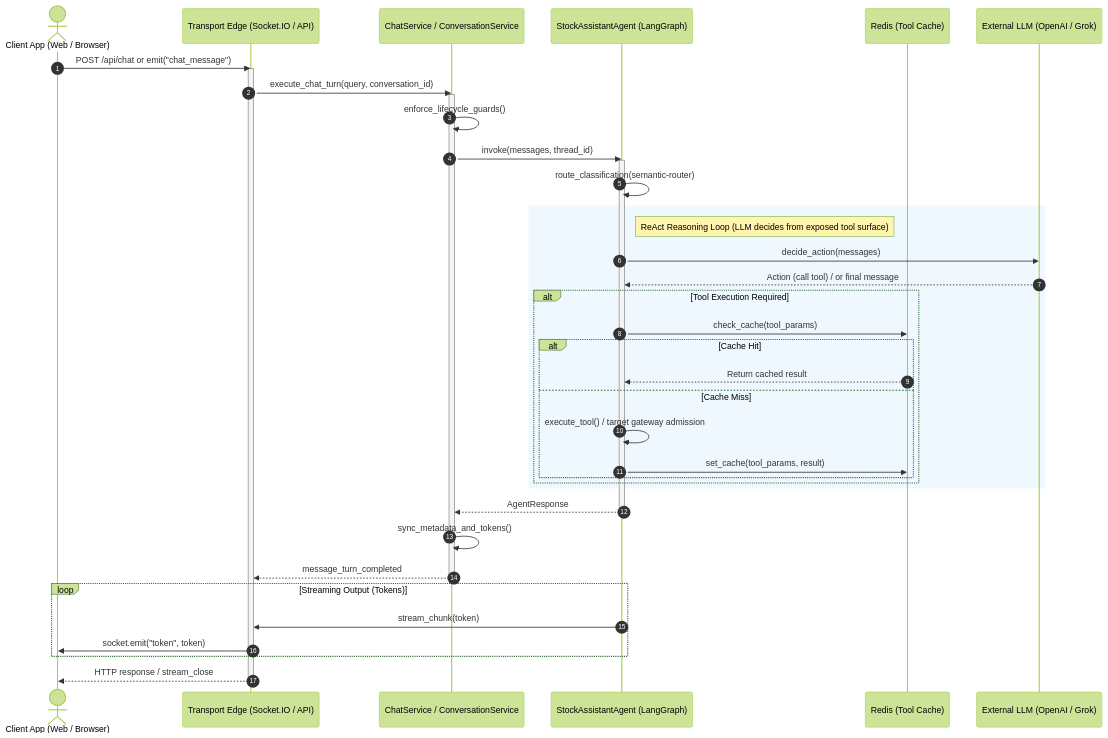
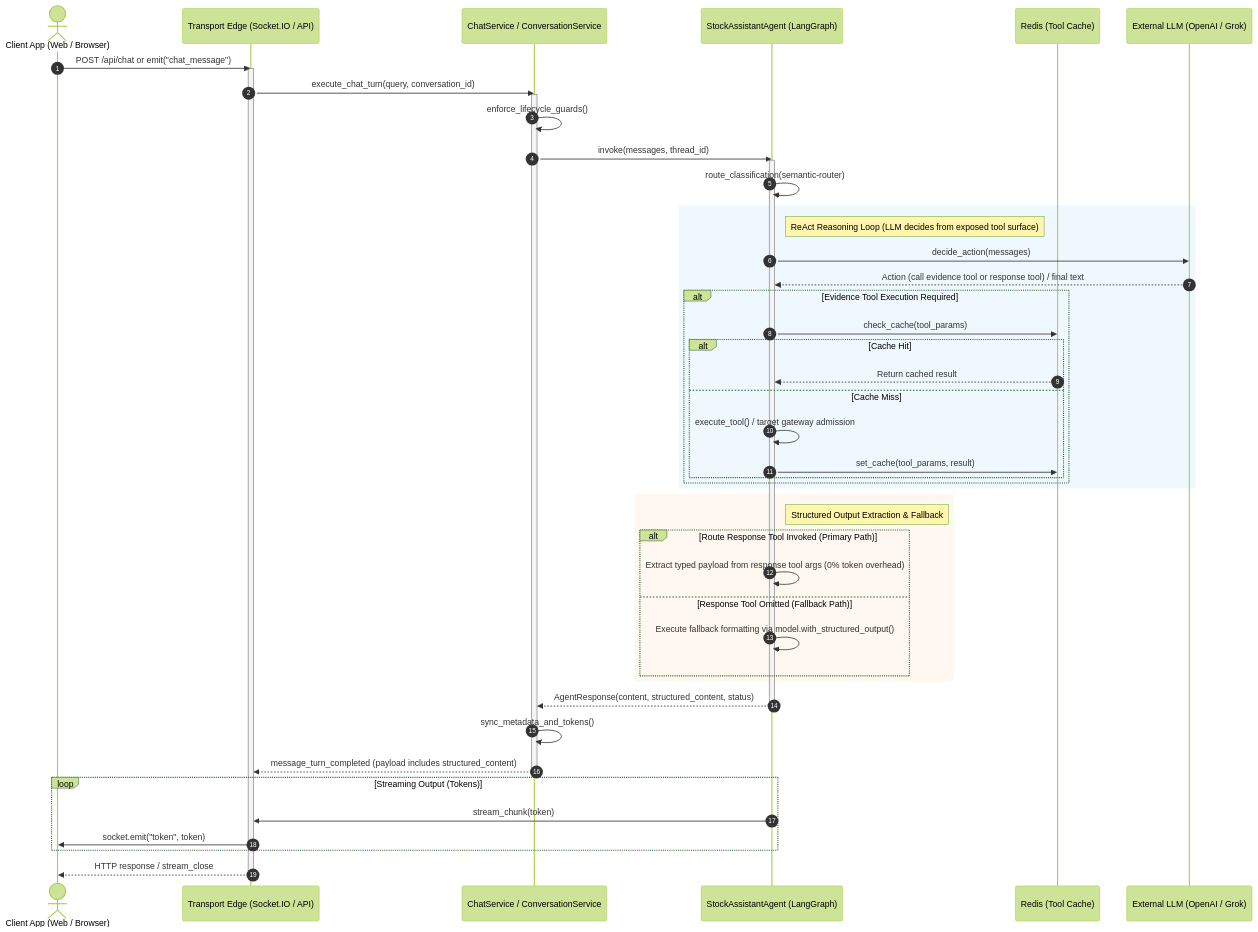
Before and after one commit to d-dragon/dp-stock-investment-assistant: the sixth of 18 diagrams in docs/domains/agent/ARCHITECTURE_DESIGN.md, drawn with Mermaid (forest theme). The commit also changed other lines of this file and 7 other files, not shown here.

Commit message:
docs(agent): 'structure outputs' - initialize architecture design, ADRs, requirements, technical design along with clarified roadmap.

````diff
--- a/docs/domains/agent/ARCHITECTURE_DESIGN.md
+++ b/docs/domains/agent/ARCHITECTURE_DESIGN.md
@@ -541,48 +556,57 @@
 ```mermaid
 sequenceDiagram
     autonumber
     actor Client as Client App (Web / Browser)
     participant Transport as Transport Edge (Socket.IO / API)
     participant Service as ChatService / ConversationService
     participant Agent as StockAssistantAgent (LangGraph)
     participant Cache as Redis (Tool Cache)
     participant LLM as External LLM (OpenAI / Grok)
 
     Client->>Transport: POST /api/chat or emit("chat_message")
     activate Transport
     Transport->>Service: execute_chat_turn(query, conversation_id)
     activate Service
     Service->>Service: enforce_lifecycle_guards()
     Service->>Agent: invoke(messages, thread_id)
     activate Agent
     Agent->>Agent: route_classification(semantic-router)
 
     rect rgb(240, 248, 255)
         note right of Agent: ReAct Reasoning Loop (LLM decides from exposed tool surface)
         Agent->>LLM: decide_action(messages)
-        LLM-->>Agent: Action (call tool) / or final message
-        alt Tool Execution Required
+        LLM-->>Agent: Action (call evidence tool or response tool) / final text
+        alt Evidence Tool Execution Required
             Agent->>Cache: check_cache(tool_params)
             alt Cache Hit
                 Cache-->>Agent: Return cached result
             else Cache Miss
                 Agent->>Agent: execute_tool() / target gateway admission
                 Agent->>Cache: set_cache(tool_params, result)
             end
         end
     end
 
-    Agent-->>Service: AgentResponse
+    rect rgb(255, 248, 240)
+        note right of Agent: Structured Output Extraction & Fallback
+        alt Route Response Tool Invoked (Primary Path)
+            Agent->>Agent: Extract typed payload from response tool args (0% token overhead)
+        else Response Tool Omitted (Fallback Path)
+            Agent->>Agent: Execute fallback formatting via model.with_structured_output()
+        end
+    end
+
+    Agent-->>Service: AgentResponse(content, structured_content, status)
     deactivate Agent
     Service->>Service: sync_metadata_and_tokens()
-    Service-->>Transport: message_turn_completed
+    Service-->>Transport: message_turn_completed (payload includes structured_content)
     deactivate Service
 
     loop Streaming Output (Tokens)
         Agent->>Transport: stream_chunk(token)
         Transport->>Client: socket.emit("token", token)
     end
 
     Transport-->>Client: HTTP response / stream_close
     deactivate Transport
 ```
````
